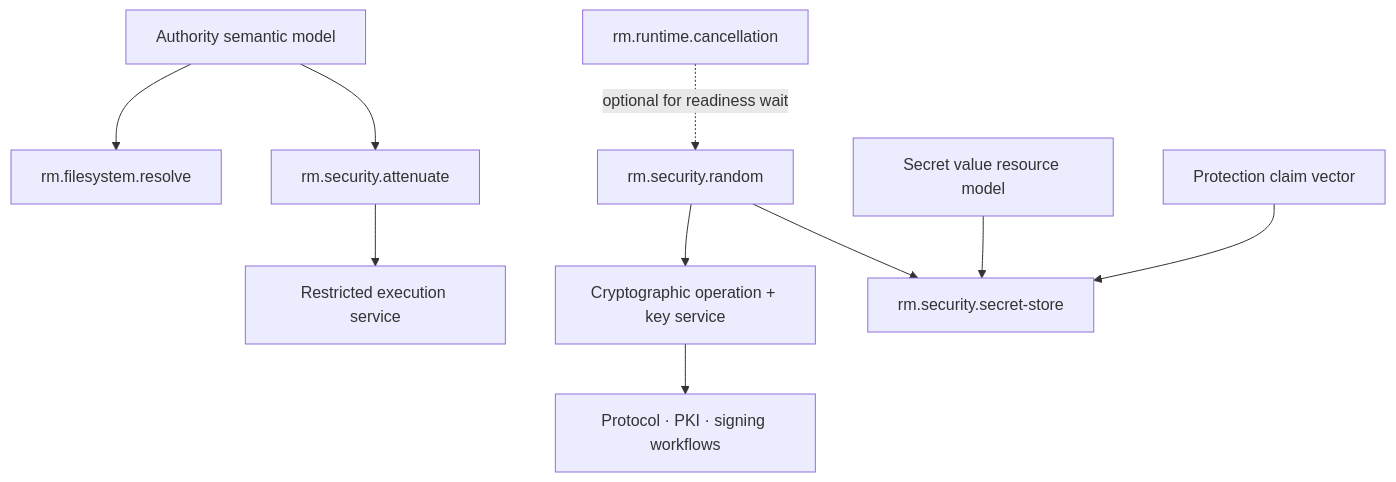
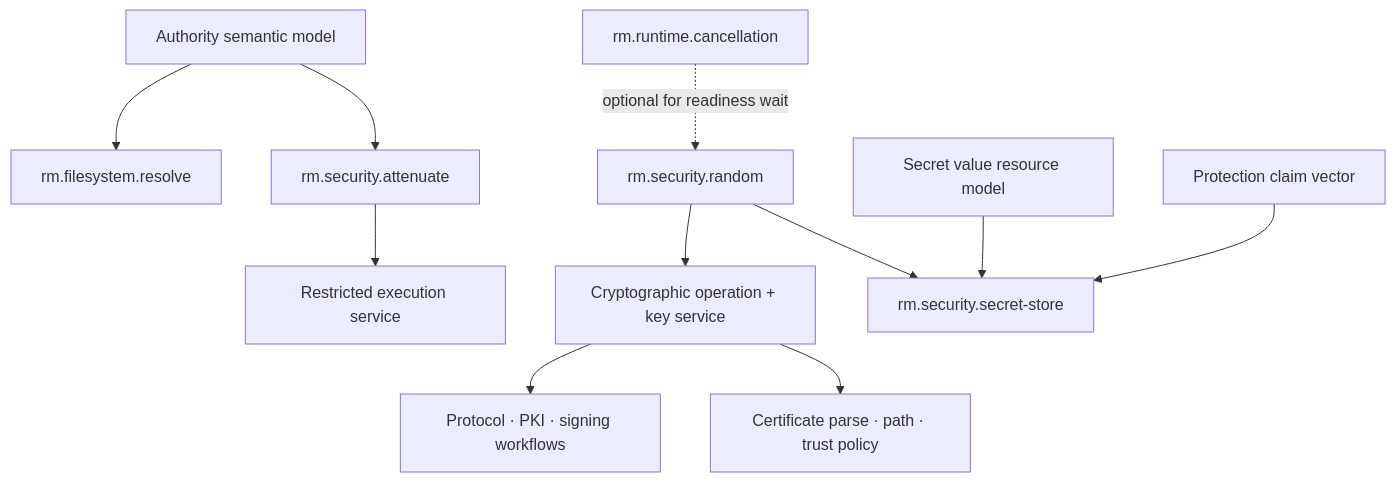
The second of 2 diagrams in docs/02-capabilities/security/README.md (Rusty-Mill/rusty_foundation_akb), drawn with Mermaid before and after one commit. The commit also changed other lines of this file and 21 other files, not shown here.

Commit message:
define certificate trust foundations

````diff
--- a/docs/02-capabilities/security/README.md
+++ b/docs/02-capabilities/security/README.md
@@ -45,13 +45,14 @@
 ```mermaid
 flowchart TD
     Model["Authority semantic model"] --> Resolve["rm.filesystem.resolve"]
     Model --> Attenuate["rm.security.attenuate"]
     Attenuate --> Isolation["Restricted execution service"]
     Random["rm.security.random"]
     Cancel["rm.runtime.cancellation"] -.->|"optional for readiness wait"| Random
     Random --> Crypto["Cryptographic operation + key service"]
     Crypto --> FutureCrypto["Protocol · PKI · signing workflows"]
+    Crypto --> PKI["Certificate parse · path · trust policy"]
     Random --> Store["rm.security.secret-store"]
     SecretValue["Secret value resource model"] --> Store
     Claims["Protection claim vector"] --> Store
 ```
````
